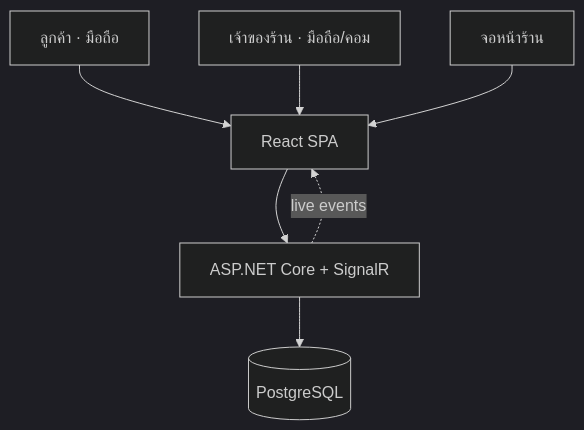
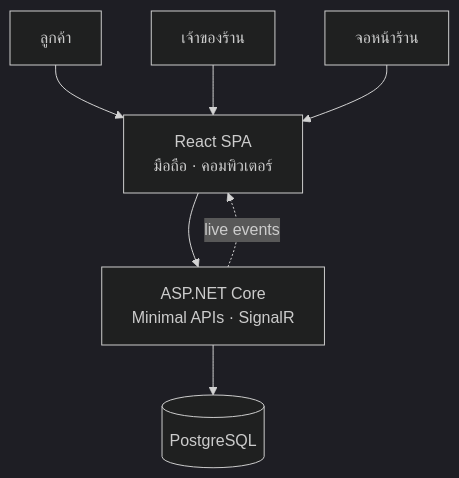
The diagram in README.md (hirun-2542/SmartQueue), drawn with Mermaid (dark theme) before and after one commit.

Commit message:
docs(readme): give the architecture diagram room to breathe

````diff
--- a/README.md
+++ b/README.md
@@ -109,16 +109,16 @@
 ```mermaid
 flowchart TB
-  C[ลูกค้า · มือถือ]
-  O[เจ้าของร้าน · มือถือ/คอม]
+  C[ลูกค้า]
+  O[เจ้าของร้าน]
   B[จอหน้าร้าน]
-  Web["React SPA"]
-  Api["ASP.NET Core + SignalR"]
+  Web["React SPA<br/>มือถือ · คอมพิวเตอร์"]
+  Api["ASP.NET Core<br/>Minimal APIs · SignalR"]
   Db[("PostgreSQL")]
 
   C --> Web
   O --> Web
   B --> Web
   Web --> Api
   Api --> Db
   Api -. live events .-> Web
 ```
````
